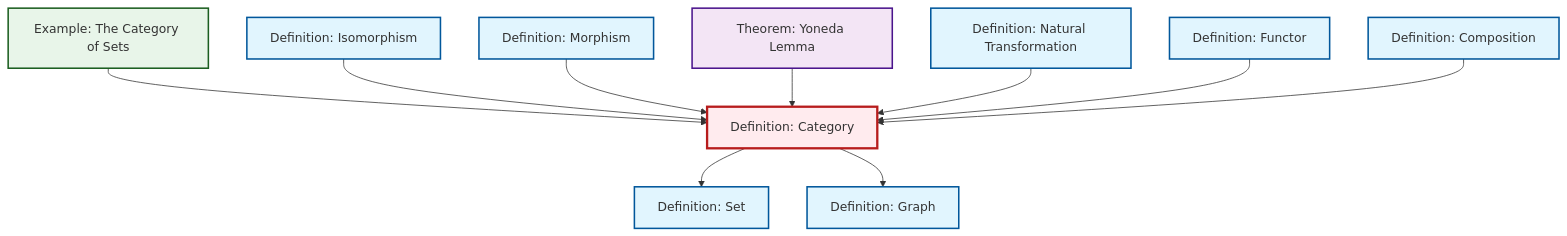
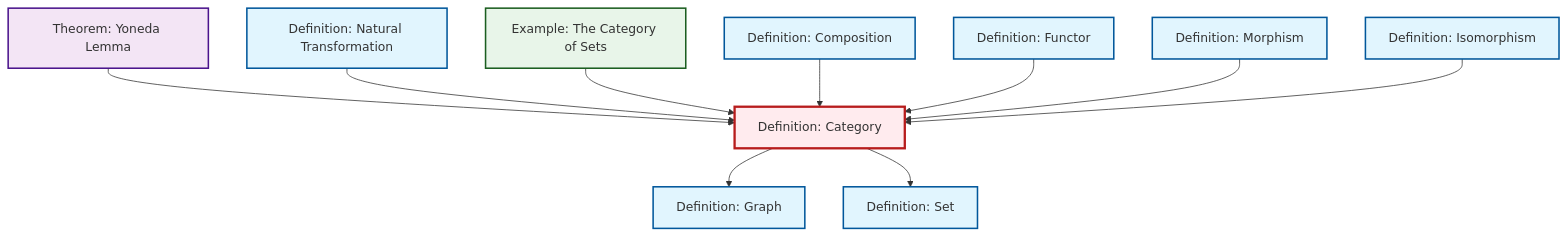
The diagram in content/ja/category-theory/def-category.qmd (RK0429/ModernMath), drawn with Mermaid before and after one commit. The commit also changed other lines of this file and 497 other files, not shown here.

````diff
--- a/content/ja/category-theory/def-category.qmd
+++ b/content/ja/category-theory/def-category.qmd
@@ -48,38 +48,38 @@
 ```{mermaid}
 %%| fig-cap: "Local dependency graph"
 graph TD
     classDef definition fill:#e1f5fe,stroke:#01579b,stroke-width:2px
     classDef theorem fill:#f3e5f5,stroke:#4a148c,stroke-width:2px
     classDef axiom fill:#fff3e0,stroke:#e65100,stroke-width:2px
     classDef example fill:#e8f5e9,stroke:#1b5e20,stroke-width:2px
     classDef current fill:#ffebee,stroke:#b71c1c,stroke-width:3px
+    def-natural-transformation["Definition: Natural Transformation"]:::definition
+    ex-set-category["Example: The Category of Sets"]:::example
+    def-set["Definition: Set"]:::definition
+    def-morphism["Definition: Morphism"]:::definition
+    def-category["Definition: Category"]:::definition
+    def-composition["Definition: Composition"]:::definition
+    def-graph["Definition: Graph"]:::definition
+    def-isomorphism["Definition: Isomorphism"]:::definition
+    def-functor["Definition: Functor"]:::definition
     thm-yoneda["Theorem: Yoneda Lemma"]:::theorem
-    def-composition["Definition: Composition"]:::definition
-    def-isomorphism["Definition: Isomorphism"]:::definition
-    def-category["Definition: Category"]:::definition
-    def-natural-transformation["Definition: Natural Transformation"]:::definition
-    def-morphism["Definition: Morphism"]:::definition
-    def-set["Definition: Set"]:::definition
-    def-graph["Definition: Graph"]:::definition
-    def-functor["Definition: Functor"]:::definition
-    ex-set-category["Example: The Category of Sets"]:::example
-    ex-set-category --> def-category
-    def-isomorphism --> def-category
-    def-morphism --> def-category
     thm-yoneda --> def-category
     def-natural-transformation --> def-category
+    ex-set-category --> def-category
+    def-category --> def-graph
+    def-composition --> def-category
+    def-functor --> def-category
+    def-morphism --> def-category
+    def-isomorphism --> def-category
     def-category --> def-set
-    def-category --> def-graph
-    def-functor --> def-category
-    def-composition --> def-category
     class def-category current
+    click def-natural-transformation "def-natural-transformation.html" "Definition: Natural Transformationへ"
+    click ex-set-category "ex-set-category.html" "Example: The Category of Setsへ"
+    click def-set "def-set.html" "Definition: Setへ"
+    click def-morphism "def-morphism.html" "Definition: Morphismへ"
+    click def-composition "def-composition.html" "Definition: Compositionへ"
+    click def-graph "def-graph.html" "Definition: Graphへ"
+    click def-isomorphism "def-isomorphism.html" "Definition: Isomorphismへ"
+    click def-functor "def-functor.html" "Definition: Functorへ"
     click thm-yoneda "thm-yoneda.html" "Theorem: Yoneda Lemmaへ"
-    click def-composition "def-composition.html" "Definition: Compositionへ"
-    click def-isomorphism "def-isomorphism.html" "Definition: Isomorphismへ"
-    click def-natural-transformation "def-natural-transformation.html" "Definition: Natural Transformationへ"
-    click def-morphism "def-morphism.html" "Definition: Morphismへ"
-    click def-set "def-set.html" "Definition: Setへ"
-    click def-graph "def-graph.html" "Definition: Graphへ"
-    click def-functor "def-functor.html" "Definition: Functorへ"
-    click ex-set-category "ex-set-category.html" "Example: The Category of Setsへ"
 ```
````
